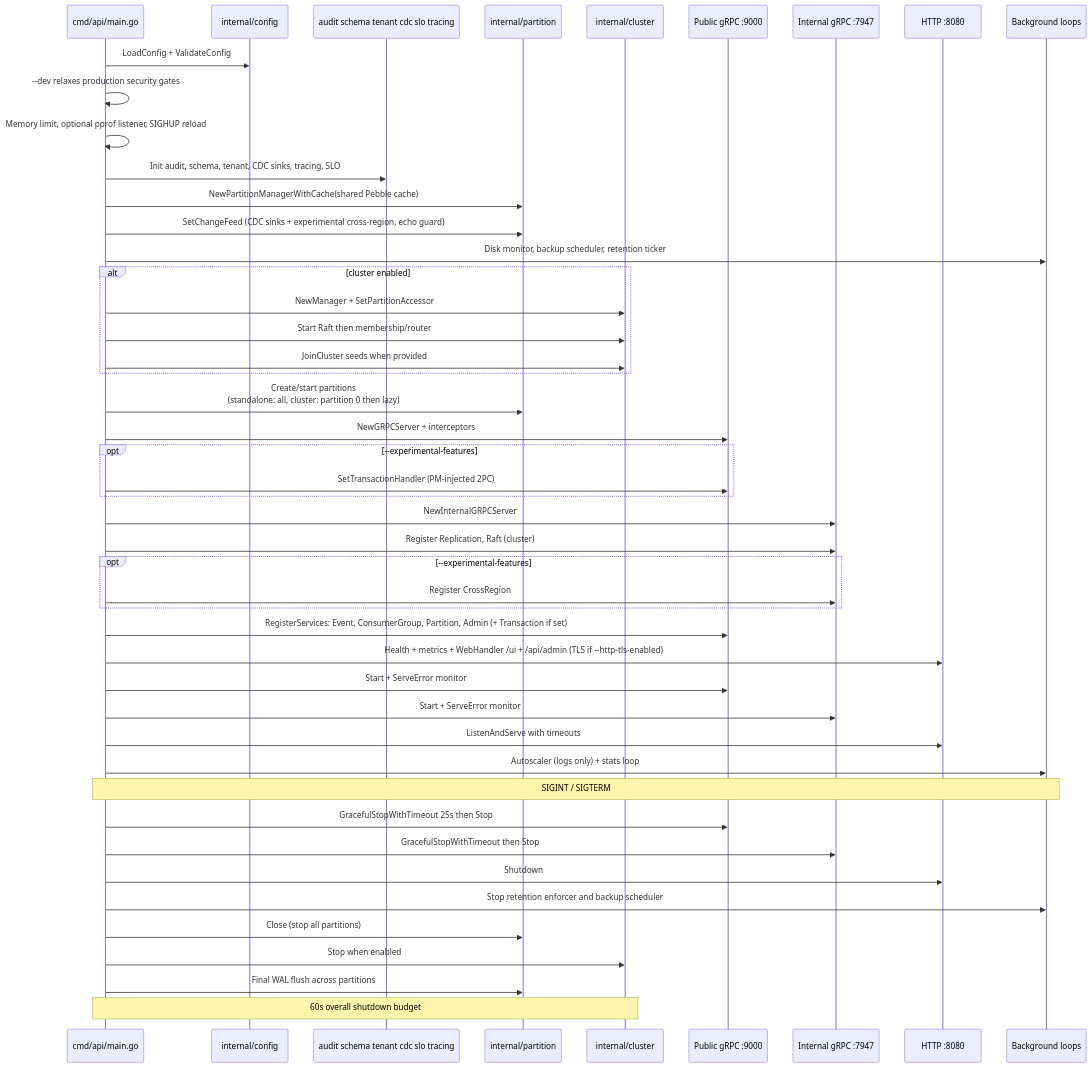
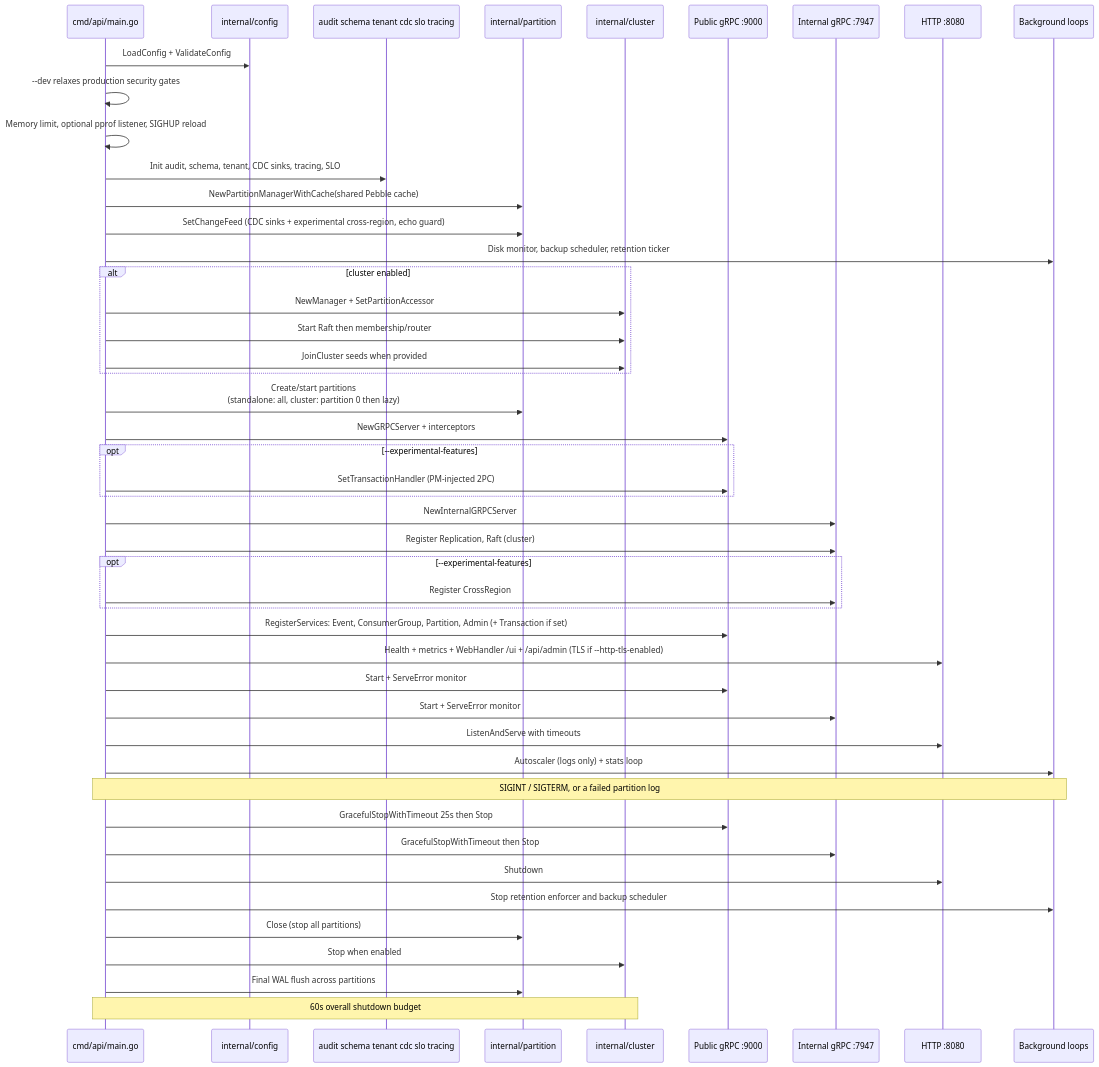
One commit to jatin711-debug/cronos_db_golang changed the first of 7 diagrams in docs/DEVELOPER_ARCHITECTURE_GUIDE.md. Above: the diagram before and after it, drawn with Mermaid. The commit also changed other lines of this file and 28 other files, not shown here.

First line of the commit message:
docs: bring architecture, feature, design and contributor docs up to v0.11.0

````diff
--- a/docs/DEVELOPER_ARCHITECTURE_GUIDE.md
+++ b/docs/DEVELOPER_ARCHITECTURE_GUIDE.md
@@ -99,50 +102,50 @@
 ```mermaid
 sequenceDiagram
     participant Main as cmd/api/main.go
     participant Config as internal/config
     participant Guard as audit schema tenant cdc slo tracing
     participant PM as internal/partition
     participant Cluster as internal/cluster
     participant Pub as Public gRPC :9000
     participant Int as Internal gRPC :7947
     participant HTTP as HTTP :8080
     participant BG as Background loops
 
     Main->>Config: LoadConfig + ValidateConfig
     Main->>Main: --dev relaxes production security gates
     Main->>Main: Memory limit, optional pprof listener, SIGHUP reload
     Main->>Guard: Init audit, schema, tenant, CDC sinks, tracing, SLO
     Main->>PM: NewPartitionManagerWithCache(shared Pebble cache)
     Main->>PM: SetChangeFeed (CDC sinks + experimental cross-region, echo guard)
     Main->>BG: Disk monitor, backup scheduler, retention ticker
     alt cluster enabled
         Main->>Cluster: NewManager + SetPartitionAccessor
         Main->>Cluster: Start Raft then membership/router
         Main->>Cluster: JoinCluster seeds when provided
     end
     Main->>PM: Create/start partitions<br/>(standalone: all, cluster: partition 0 then lazy)
     Main->>Pub: NewGRPCServer + interceptors
     opt --experimental-features
         Main->>Pub: SetTransactionHandler (PM-injected 2PC)
     end
     Main->>Int: NewInternalGRPCServer
     Main->>Int: Register Replication, Raft (cluster)
     opt --experimental-features
         Main->>Int: Register CrossRegion
     end
     Main->>Pub: RegisterServices: Event, ConsumerGroup, Partition, Admin (+ Transaction if set)
     Main->>HTTP: Health + metrics + WebHandler /ui + /api/admin (TLS if --http-tls-enabled)
     Main->>Pub: Start + ServeError monitor
     Main->>Int: Start + ServeError monitor
     Main->>HTTP: ListenAndServe with timeouts
     Main->>BG: Autoscaler (logs only) + stats loop
-    Note over Main,BG: SIGINT / SIGTERM
+    Note over Main,BG: SIGINT / SIGTERM, or a failed partition log
     Main->>Pub: GracefulStopWithTimeout 25s then Stop
     Main->>Int: GracefulStopWithTimeout then Stop
     Main->>HTTP: Shutdown
     Main->>BG: Stop retention enforcer and backup scheduler
     Main->>PM: Close (stop all partitions)
     Main->>Cluster: Stop when enabled
     Main->>PM: Final WAL flush across partitions
     Note over Main,Cluster: 60s overall shutdown budget
 ```
````
